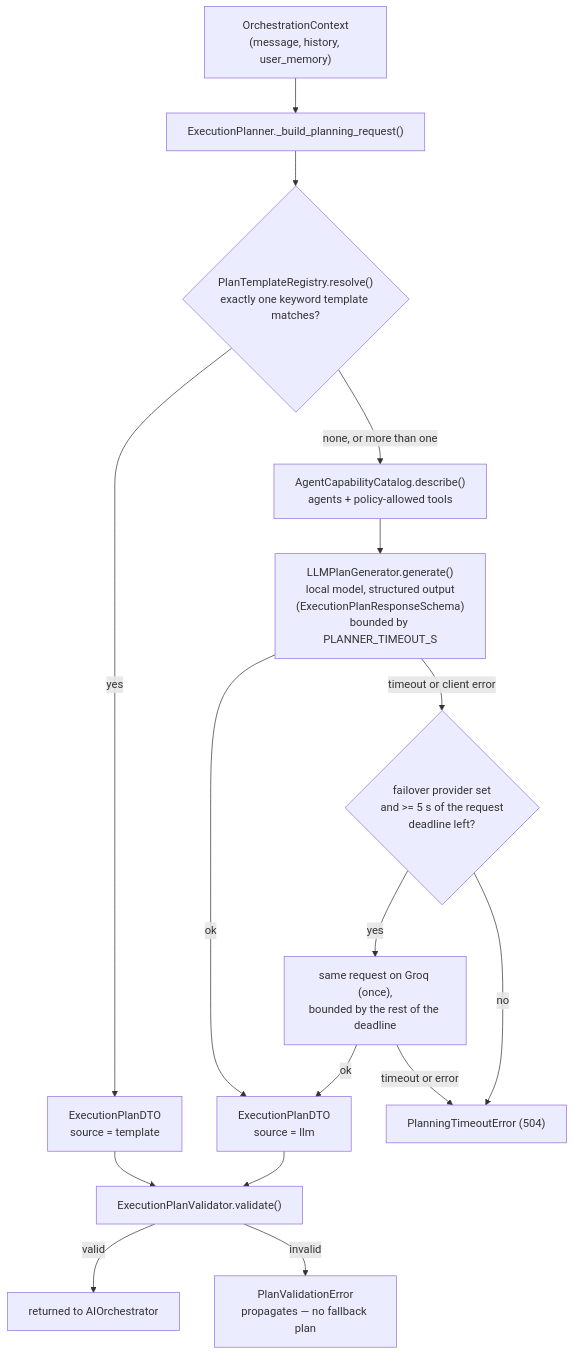
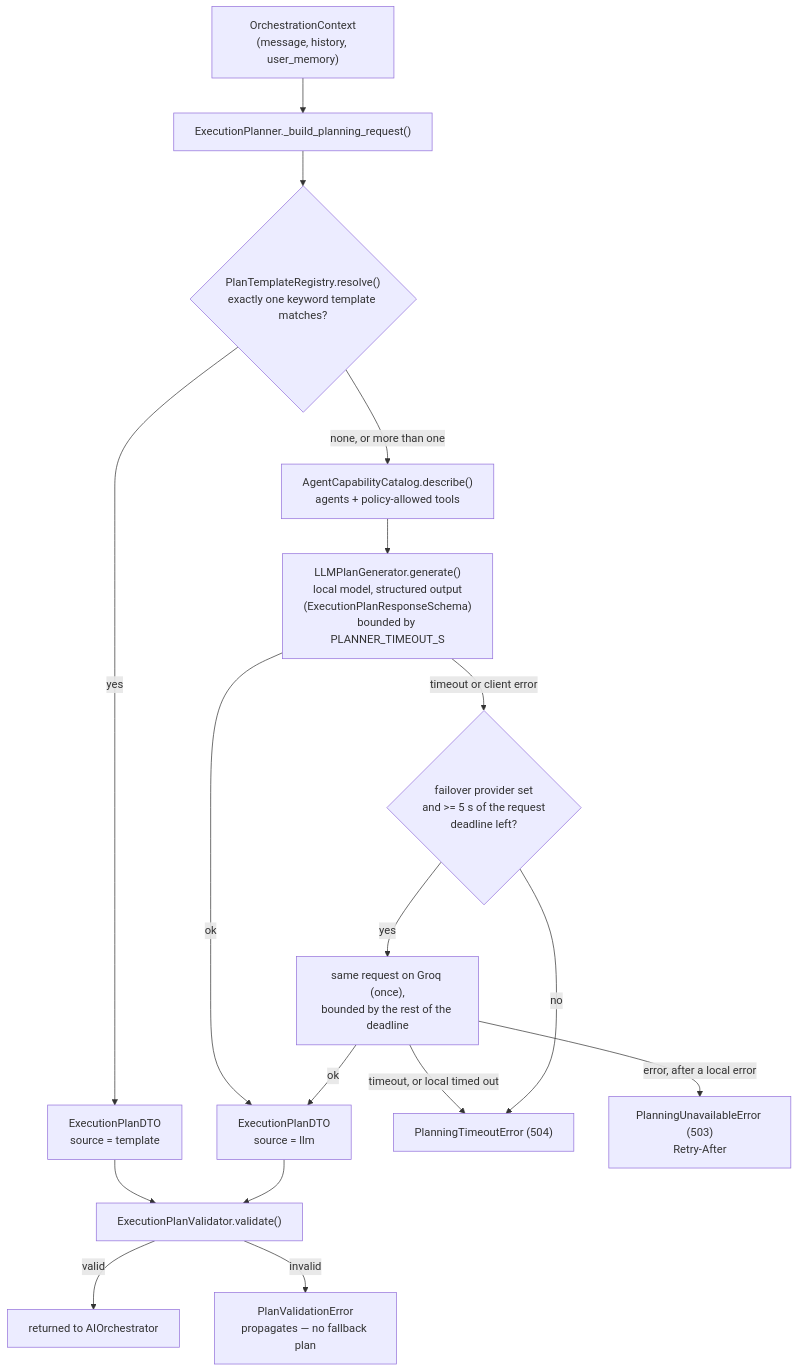
One commit to bharatkse/juris-ai changed the diagram in server/src/agentic/planning/README.md. Above: the diagram before and after it, drawn with Mermaid. The commit also changed other lines of this file, not shown here.

Commit message:
docs(planning): add the 503 path to the planner failover

````diff
--- a/server/src/agentic/planning/README.md
+++ b/server/src/agentic/planning/README.md
@@ -26,18 +26,19 @@
 ```mermaid
 flowchart TD
     CTX["OrchestrationContext<br/>(message, history, user_memory)"] --> REQ["ExecutionPlanner._build_planning_request()"]
     REQ --> TPL{"PlanTemplateRegistry.resolve()<br/>exactly one keyword template matches?"}
     TPL -->|yes| PLAN["ExecutionPlanDTO<br/>source = template"]
     TPL -->|none, or more than one| CAP["AgentCapabilityCatalog.describe()<br/>agents + policy-allowed tools"]
     CAP --> LLM["LLMPlanGenerator.generate()<br/>local model, structured output<br/>(ExecutionPlanResponseSchema)<br/>bounded by PLANNER_TIMEOUT_S"]
     LLM -->|ok| PLAN2["ExecutionPlanDTO<br/>source = llm"]
     LLM -->|timeout or client error| FAILOVER{"failover provider set<br/>and >= 5 s of the request<br/>deadline left?"}
     FAILOVER -->|yes| GROQ["same request on Groq (once),<br/>bounded by the rest of the deadline"]
     GROQ -->|ok| PLAN2
-    GROQ -->|timeout or error| TO["PlanningTimeoutError (504)"]
+    GROQ -->|timeout, or local timed out| TO["PlanningTimeoutError (504)"]
+    GROQ -->|error, after a local error| UNAV["PlanningUnavailableError (503)<br/>Retry-After"]
     FAILOVER -->|no| TO
     PLAN --> VAL["ExecutionPlanValidator.validate()"]
     PLAN2 --> VAL
     VAL -->|valid| OUT["returned to AIOrchestrator"]
     VAL -->|invalid| ERR["PlanValidationError<br/>propagates — no fallback plan"]
 ```
````
